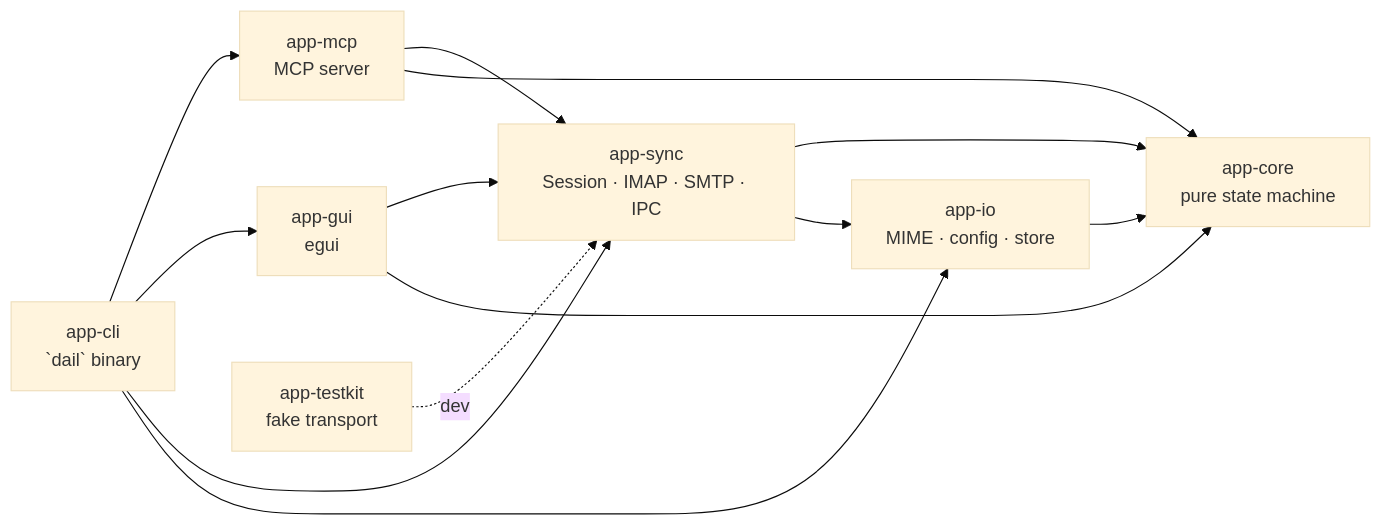
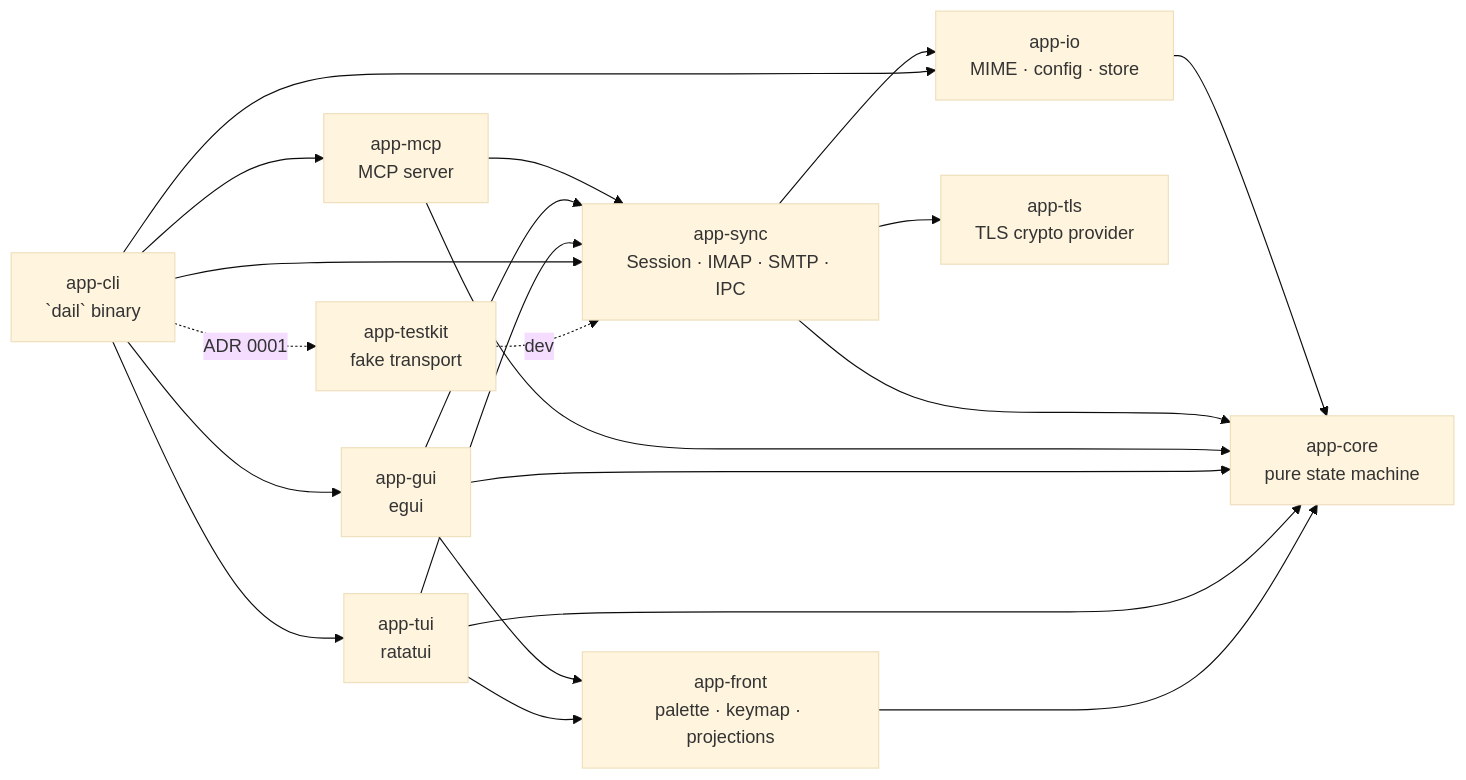
Before and after one commit to dariy/dail: the first of 2 diagrams in ARCHITECTURE.md, drawn with Mermaid (base theme). The commit also changed other lines of this file and 427 other files, not shown here.

````diff
--- a/ARCHITECTURE.md
+++ b/ARCHITECTURE.md
@@ -32,23 +32,34 @@
 ```mermaid
 graph LR
   core[app-core<br/>pure state machine]
   io[app-io<br/>MIME · config · store]
   sync[app-sync<br/>Session · IMAP · SMTP · IPC]
   mcp[app-mcp<br/>MCP server]
   gui[app-gui<br/>egui]
+  front[app-front<br/>palette · keymap · projections]
+  tui[app-tui<br/>ratatui]
   cli[app-cli<br/>`dail` binary]
   tk[app-testkit<br/>fake transport]
+  tls[app-tls<br/>TLS crypto provider]
 
   io --> core
   sync --> core
   sync --> io
+  sync --> tls
   mcp --> sync
   mcp --> core
   gui --> sync
   gui --> core
+  gui --> front
+  tui --> sync
+  tui --> core
+  tui --> front
+  front --> core
   cli --> mcp
   cli --> gui
+  cli --> tui
   cli --> sync
   cli --> io
+  cli -.ADR 0001.-> tk
   tk -.dev.-> sync
 ```
````
